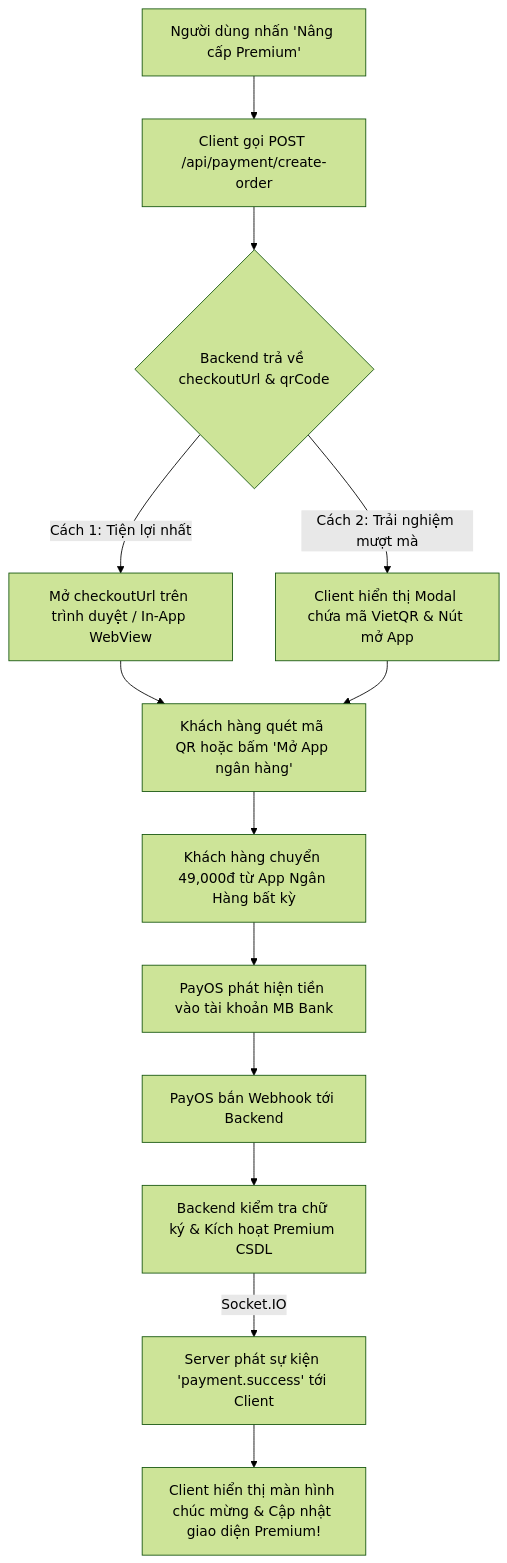
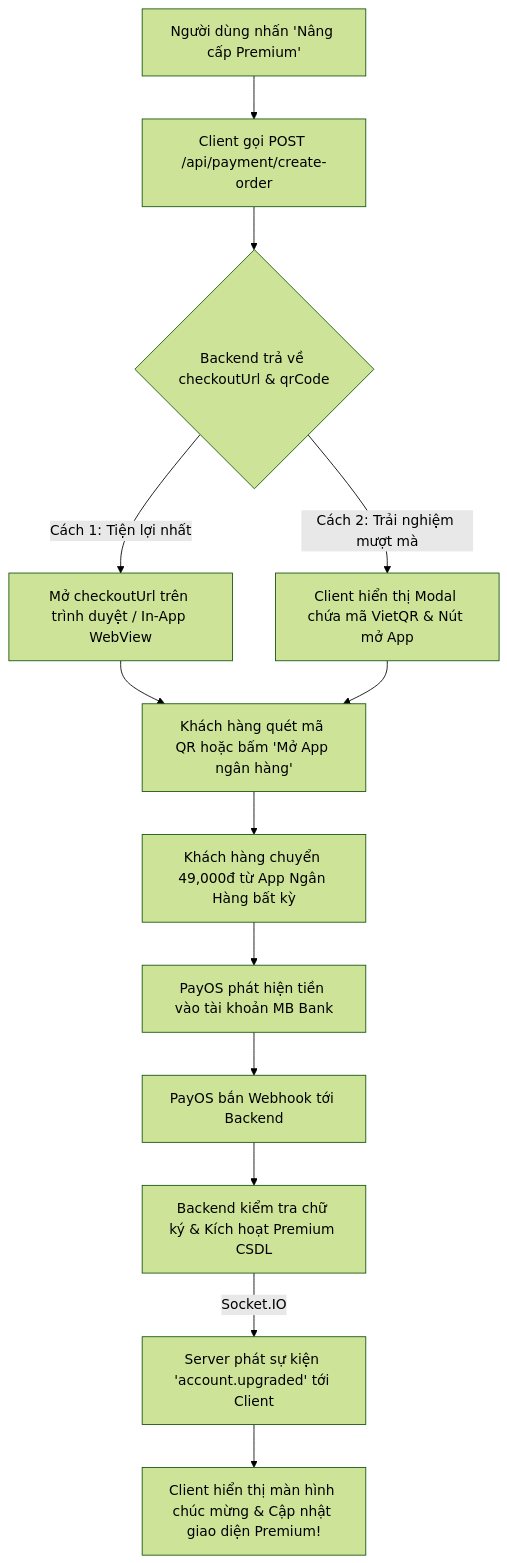
The diagram in docs/Payment/CLIENT_INTEGRATION_GUIDE.md (NguyenPhuBao/ManagementFinance), drawn with Mermaid (forest theme) before and after one commit. The commit also changed other lines of this file and 1 other file, not shown here.

Commit message:
docs(payment): rectify client guide for socket event, return url, dio, and limits

````diff
--- a/docs/Payment/CLIENT_INTEGRATION_GUIDE.md
+++ b/docs/Payment/CLIENT_INTEGRATION_GUIDE.md
@@ -72,19 +72,19 @@
 ```mermaid
 flowchart TD
     A[Người dùng nhấn 'Nâng cấp Premium'] --> B[Client gọi POST /api/payment/create-order]
     B --> C{Backend trả về checkoutUrl & qrCode}
     
     C -->|Cách 1: Tiện lợi nhất| D[Mở checkoutUrl trên trình duyệt / In-App WebView]
     C -->|Cách 2: Trải nghiệm mượt mà| E[Client hiển thị Modal chứa mã VietQR & Nút mở App]
     
     D --> F[Khách hàng quét mã QR hoặc bấm 'Mở App ngân hàng']
     E --> F
     
     F --> G[Khách hàng chuyển 49,000đ từ App Ngân Hàng bất kỳ]
     G --> H[PayOS phát hiện tiền vào tài khoản MB Bank]
     H --> I[PayOS bắn Webhook tới Backend]
     I --> J[Backend kiểm tra chữ ký & Kích hoạt Premium CSDL]
     
-    J -->|Socket.IO| K[Server phát sự kiện 'payment.success' tới Client]
+    J -->|Socket.IO| K[Server phát sự kiện 'account.upgraded' tới Client]
     K --> L[Client hiển thị màn hình chúc mừng & Cập nhật giao diện Premium!]
 ```
````
